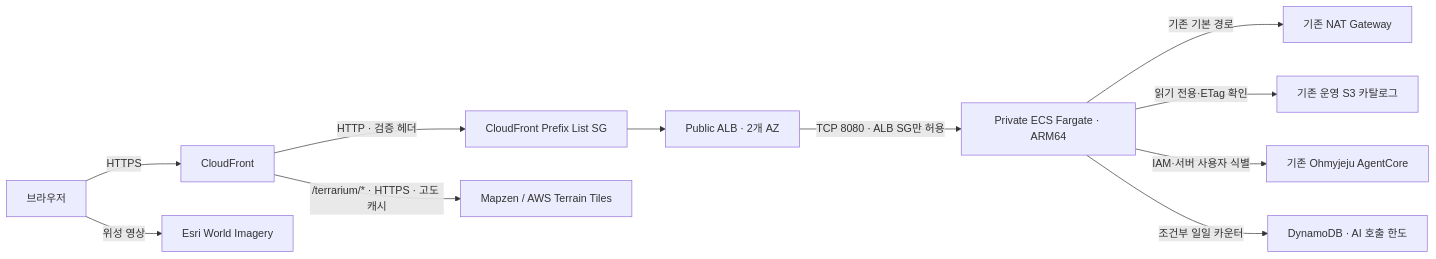
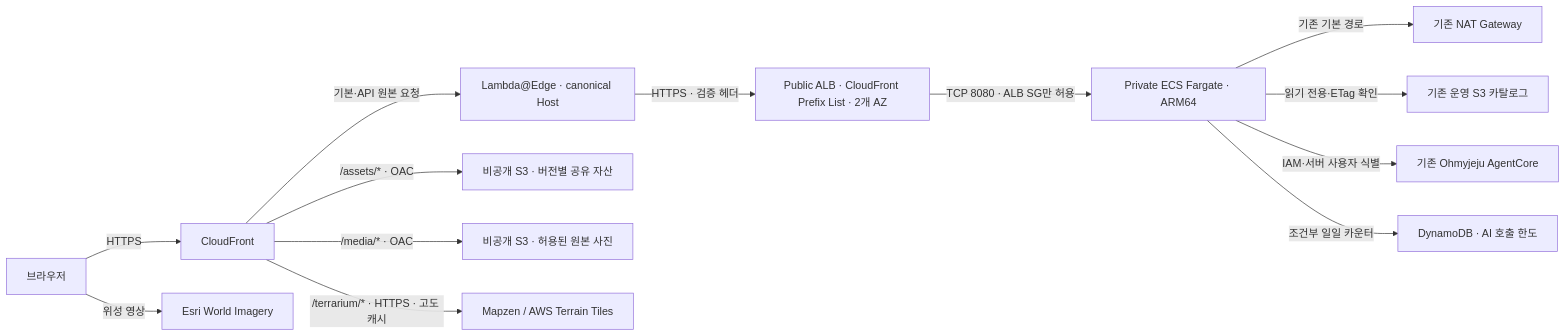
Before and after one commit to whchoi98/jeju-atlas: the diagram in README.md, drawn with Mermaid. The commit also changed other lines of this file and 42 other files, not shown here.

````diff
--- a/README.md
+++ b/README.md
@@ -62,13 +64,15 @@
 ```mermaid
 flowchart LR
     Browser["브라우저"] -->|HTTPS| CF["CloudFront"]
-    CF -->|HTTP · 검증 헤더| SG["CloudFront Prefix List SG"]
-    SG --> ALB["Public ALB · 2개 AZ"]
+    CF -->|"기본·API 원본 요청"| Host["Lambda@Edge · canonical Host"]
+    Host -->|"HTTPS · 검증 헤더"| ALB["Public ALB · CloudFront Prefix List · 2개 AZ"]
     ALB -->|TCP 8080 · ALB SG만 허용| ECS["Private ECS Fargate · ARM64"]
+    CF -->|"/assets/* · OAC"| Assets["비공개 S3 · 버전별 공유 자산"]
+    CF -->|"/media/* · OAC"| Media["비공개 S3 · 허용된 원본 사진"]
     ECS -->|기존 기본 경로| NAT["기존 NAT Gateway"]
     ECS -->|읽기 전용·ETag 확인| Catalog["기존 운영 S3 카탈로그"]
     ECS -->|IAM·서버 사용자 식별| Agent["기존 Ohmyjeju AgentCore"]
     ECS -->|조건부 일일 카운터| Quota["DynamoDB · AI 호출 한도"]
     CF -->|"/terrarium/* · HTTPS · 고도 캐시"| DEM["Mapzen / AWS Terrain Tiles"]
     Browser -->|위성 영상| Esri["Esri World Imagery"]
 ```
````
